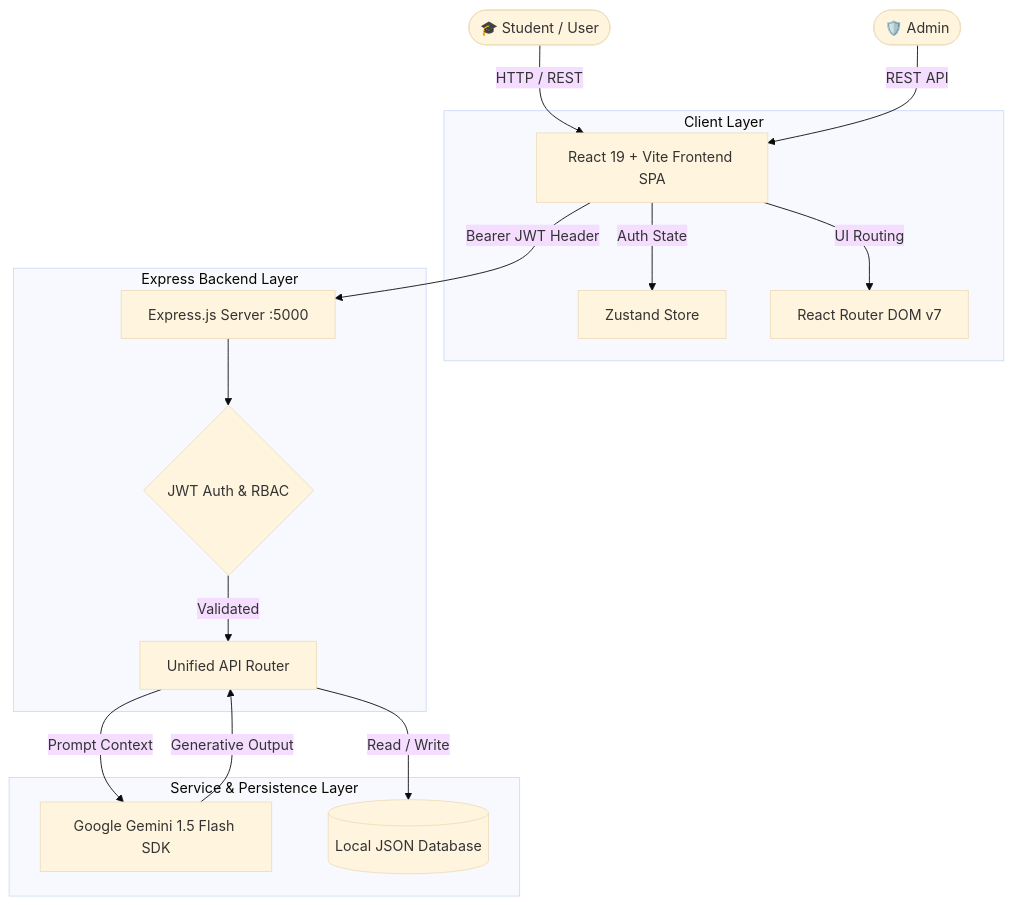
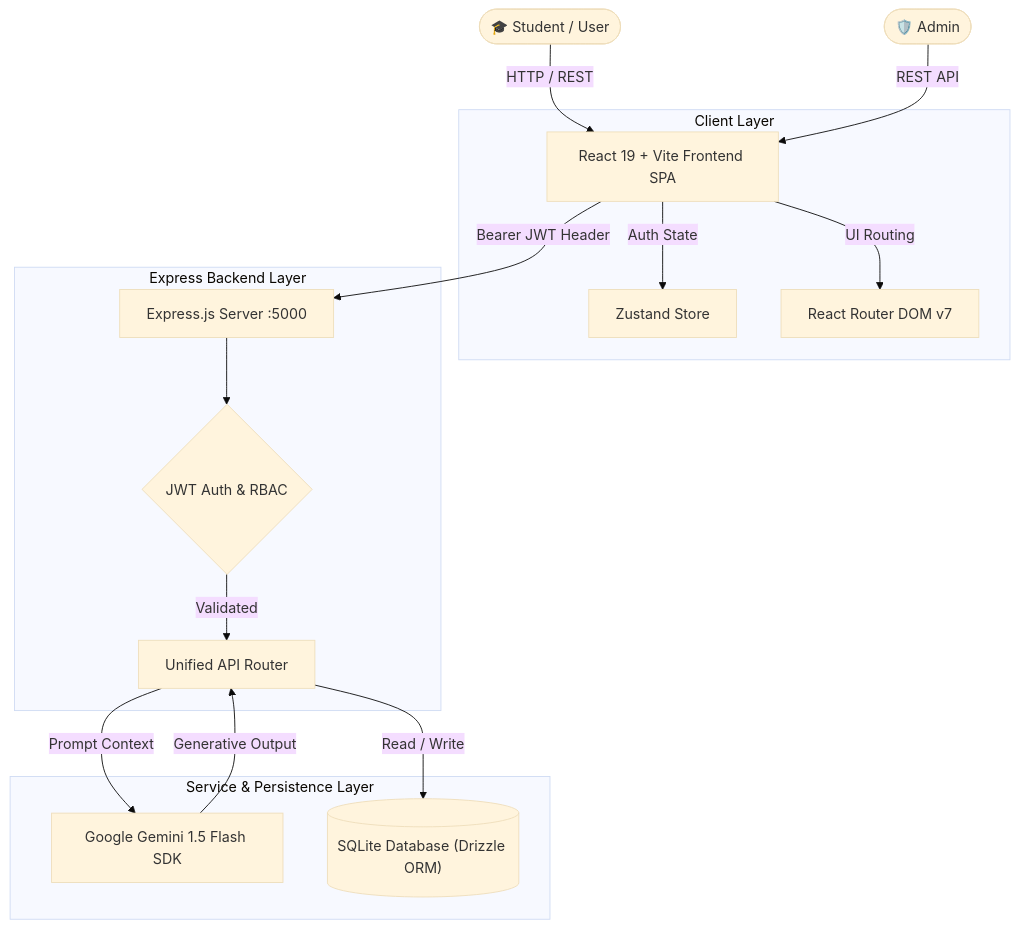
The first of 2 diagrams in README.md (sachin-saroj/college-project-career-guidance), drawn with Mermaid (base theme) before and after one commit. The commit also changed other lines of this file and 9 other files, not shown here.

Commit message:
feat: integrate SQLite with Drizzle ORM and auto-migration

````diff
--- a/README.md
+++ b/README.md
@@ -148,22 +148,22 @@
 ```mermaid
 graph TD
     User(["🎓 Student / User"]) -->|HTTP / REST| FrontendV2["React 19 + Vite Frontend SPA"]
     Admin(["🛡️ Admin"]) -->|REST API| FrontendV2
     
     subgraph Client Layer
         FrontendV2 -->|Auth State| Zustand["Zustand Store"]
         FrontendV2 -->|UI Routing| ReactRouter["React Router DOM v7"]
     end
     
     subgraph Express Backend Layer
         FrontendV2 -->|Bearer JWT Header| ExpressServer["Express.js Server :5000"]
         ExpressServer --> AuthMiddleware{"JWT Auth & RBAC"}
         AuthMiddleware -->|Validated| RouteHandlers["Unified API Router"]
     end
 
     subgraph "Service & Persistence Layer"
         RouteHandlers -->|Prompt Context| GeminiSDK["Google Gemini 1.5 Flash SDK"]
-        RouteHandlers -->|Read / Write| LocalDB[("Local JSON Database")]
+        RouteHandlers -->|Read / Write| LocalDB[("SQLite Database (Drizzle ORM)")]
         GeminiSDK -->|Generative Output| RouteHandlers
     end
 ```
````
